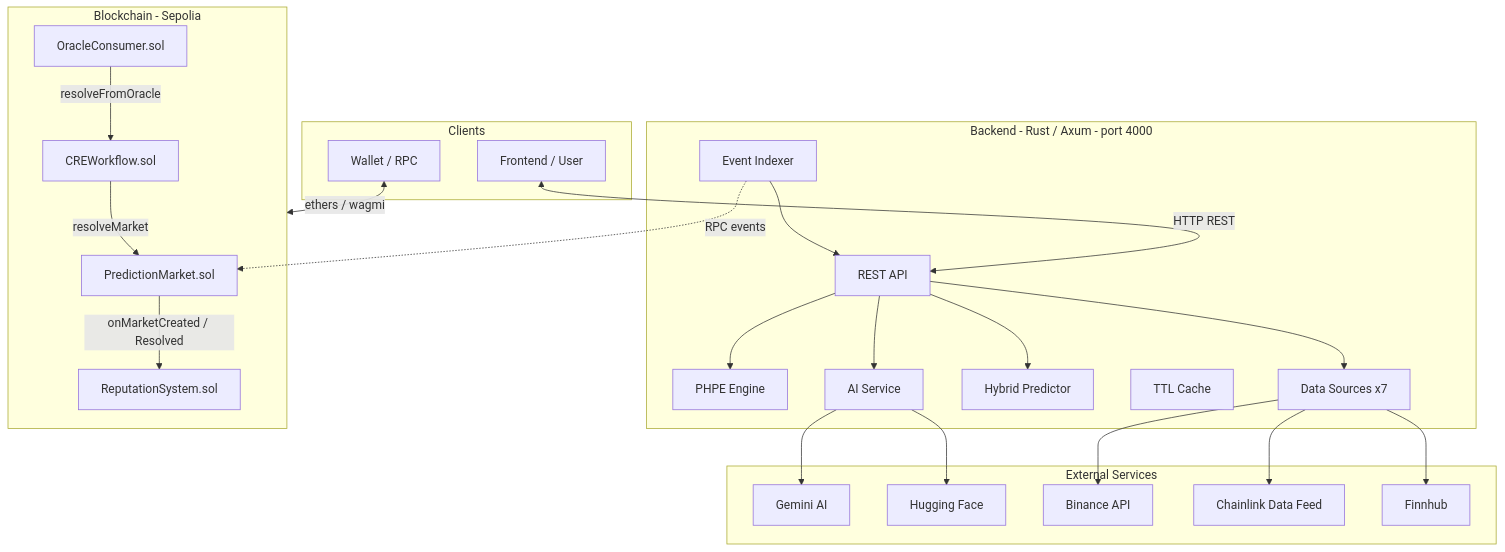
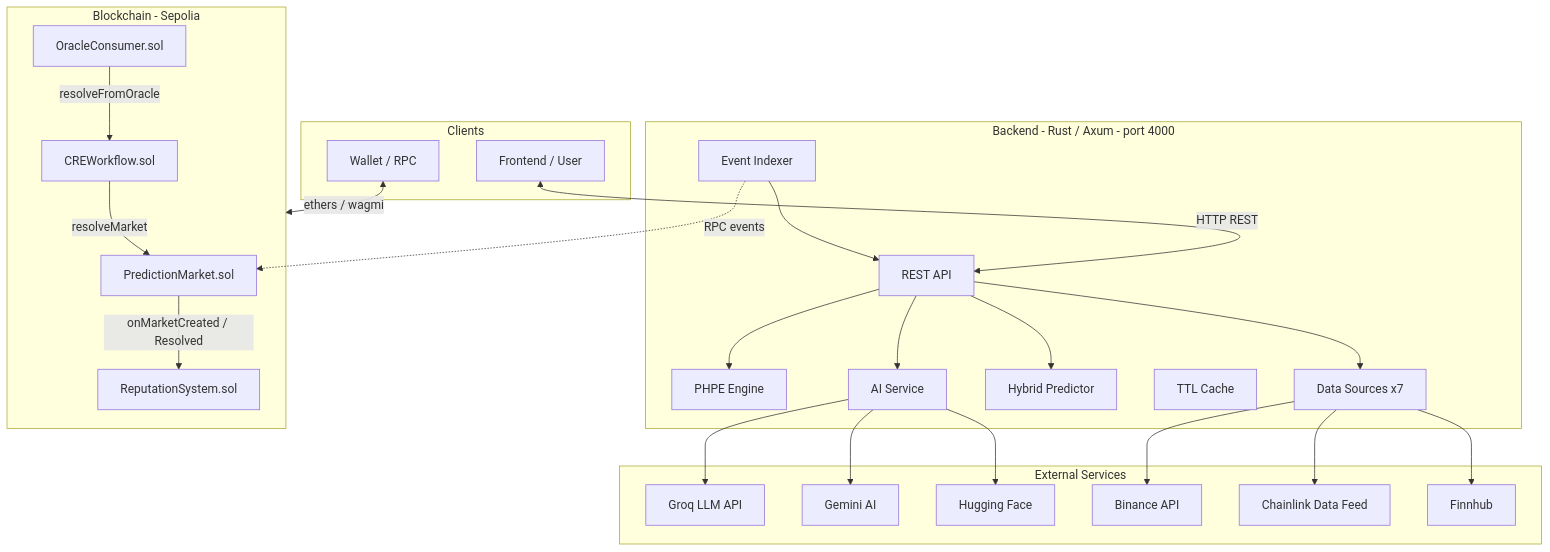
Before and after one commit to Quantumquirkz/PraesagiumChain: the first of 5 diagrams in README.md, drawn with Mermaid. The commit also changed other lines of this file and 4 other files, not shown here.

````diff
--- a/README.md
+++ b/README.md
@@ -59,49 +59,51 @@
 ```mermaid
 flowchart TB
     subgraph clients [Clients]
         UI[Frontend / User]
         Wallet[Wallet / RPC]
     end
 
     subgraph backend [Backend - Rust / Axum - port 4000]
         API[REST API]
         PHPE[PHPE Engine]
         AISvc[AI Service]
         Hybrid[Hybrid Predictor]
         Indexer[Event Indexer]
         Cache[TTL Cache]
         Sources[Data Sources x7]
         API --> PHPE
         API --> AISvc
         API --> Hybrid
         API --> Sources
         Indexer --> API
     end
 
     subgraph chain [Blockchain - Sepolia]
         PM[PredictionMarket.sol]
         CRE[CREWorkflow.sol]
         OC[OracleConsumer.sol]
         Rep[ReputationSystem.sol]
         OC -->|resolveFromOracle| CRE
         CRE -->|resolveMarket| PM
         PM -->|onMarketCreated / Resolved| Rep
     end
 
     subgraph external [External Services]
+        Groq[Groq LLM API]
         Gemini[Gemini AI]
         HF[Hugging Face]
         Binance[Binance API]
         CL[Chainlink Data Feed]
         News[Finnhub]
     end
 
     UI <-->|HTTP REST| API
     Wallet <-->|ethers / wagmi| chain
+    AISvc --> Groq
     AISvc --> Gemini
     AISvc --> HF
     Sources --> Binance
     Sources --> CL
     Sources --> News
     Indexer -.->|RPC events| PM
 ```
````
